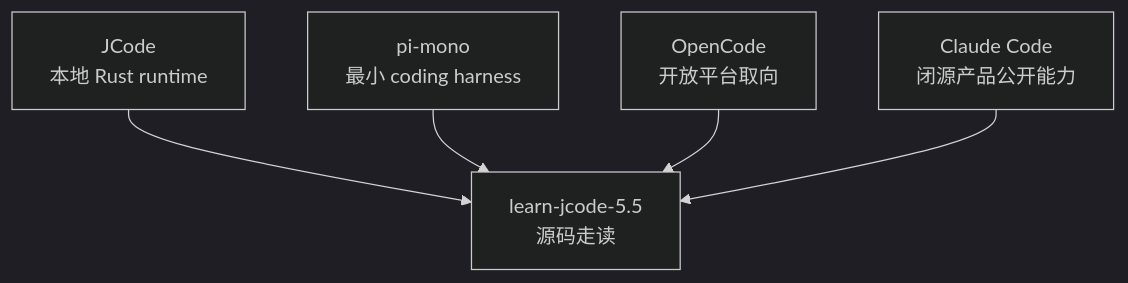
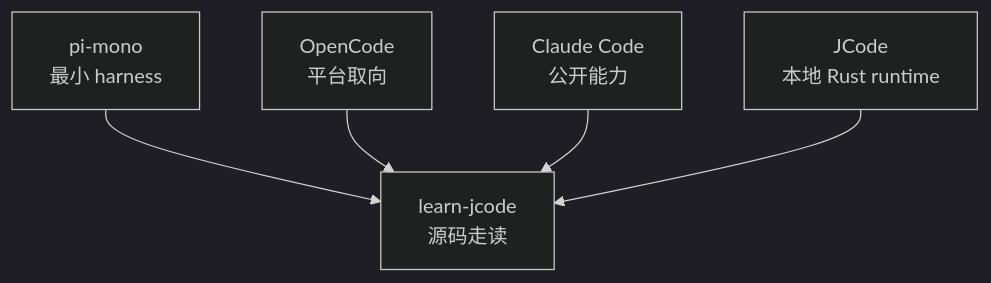
The diagram in docs/zh/s10-comparison.md (Br1an67/learn-jcode), drawn with Mermaid (dark theme) before and after one commit. The commit also changed 23 other files, not shown here.

Commit message:
Improve Mermaid diagram layout

````diff
--- a/docs/zh/s10-comparison.md
+++ b/docs/zh/s10-comparison.md
@@ -11,7 +11,7 @@
 ```mermaid
 flowchart TD
-  JCode["JCode\n本地 Rust runtime"] --> Lessons["learn-jcode-5.5\n源码走读"]
-  Pi["pi-mono\n最小 coding harness"] --> Lessons
-  OpenCode["OpenCode\n开放平台取向"] --> Lessons
-  Claude["Claude Code\n闭源产品公开能力"] --> Lessons
+  Pi["pi-mono<br/>最小 harness"] --> Lessons["learn-jcode<br/>源码走读"]
+  OpenCode["OpenCode<br/>平台取向"] --> Lessons
+  Claude["Claude Code<br/>公开能力"] --> Lessons
+  JCode["JCode<br/>本地 Rust runtime"] --> Lessons
 ```
````
